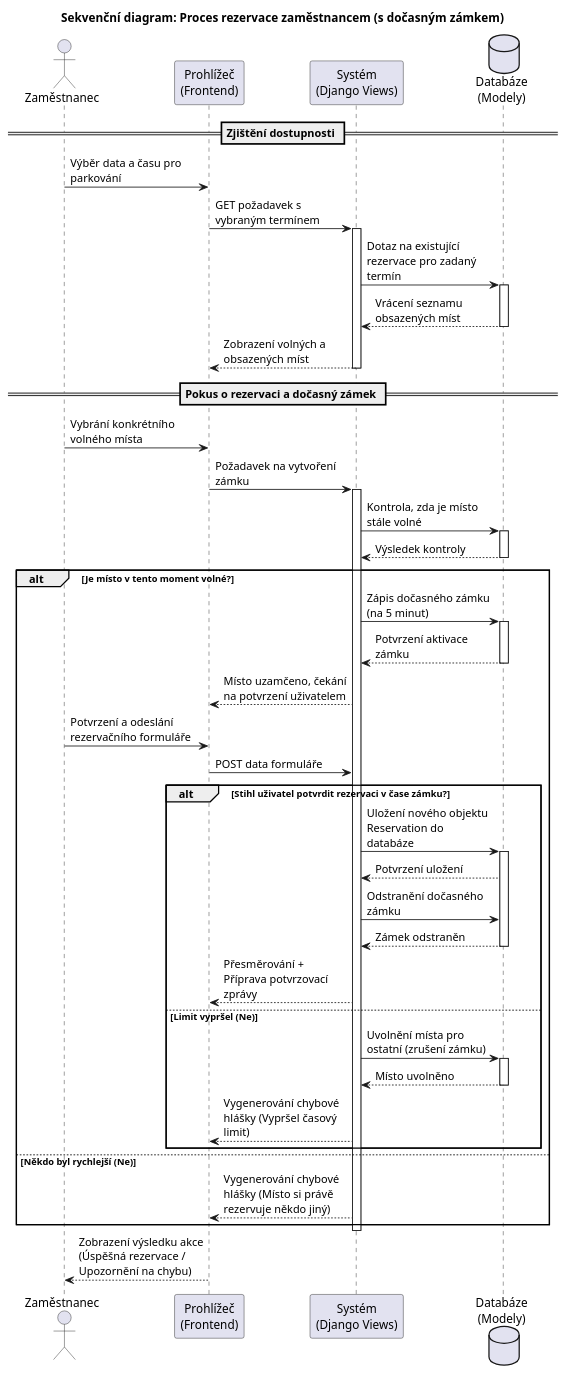
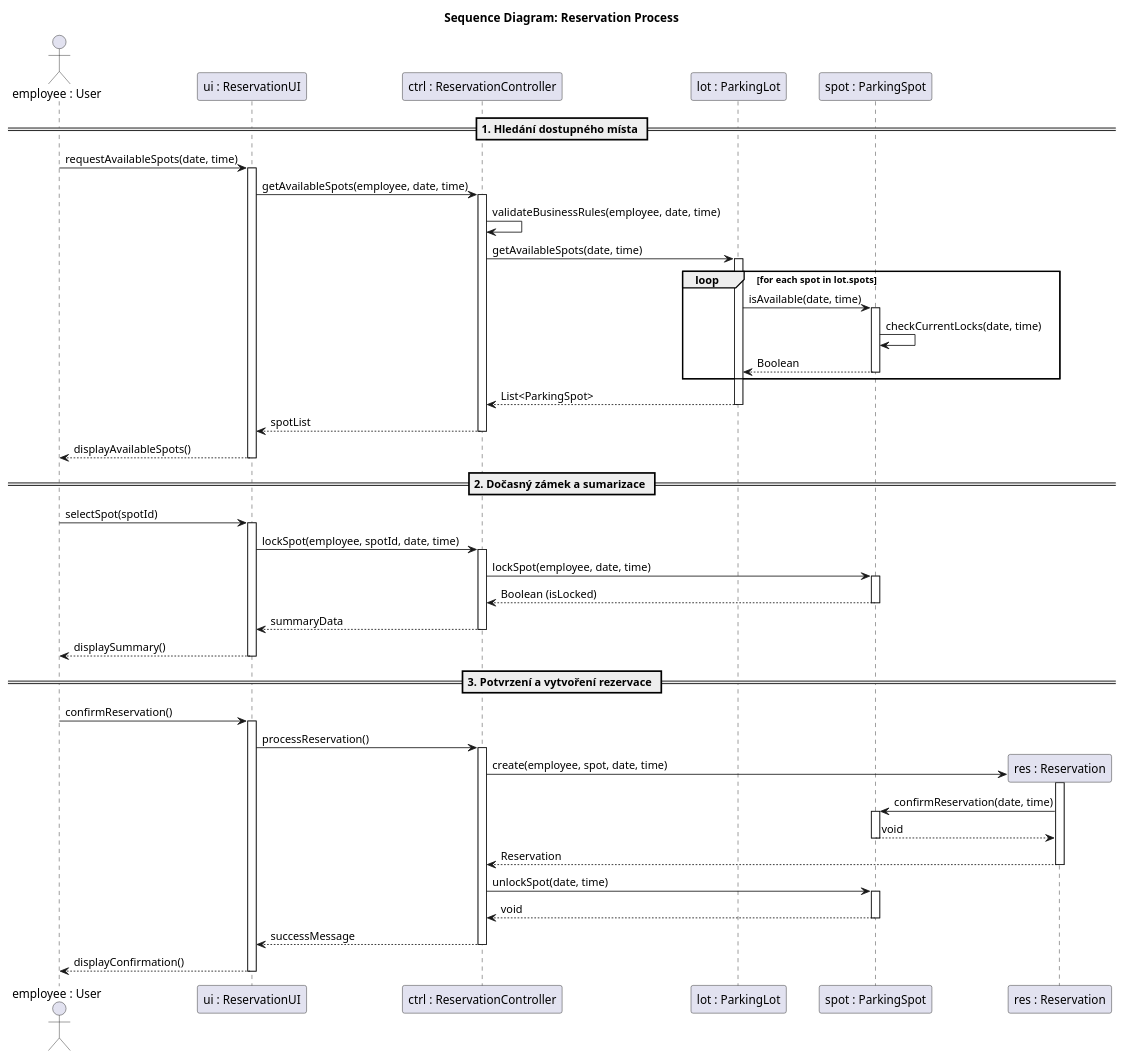
One commit to AidenCze/SWI-Project changed the diagram in docs/diagramy/sequence-reservation.puml. Above: the diagram before and after it, drawn with PlantUML. The commit also changed 7 other files, not shown here.

Commit message:
Refactor sequence diagrams and remove obsolete login diagram

```diff
--- a/docs/diagramy/sequence-reservation.puml
+++ b/docs/diagramy/sequence-reservation.puml
@@ -1,72 +1,87 @@
 @startuml
-title Sekvenční diagram: Proces rezervace zaměstnancem (s dočasným zámkem)
+title Sequence Diagram: Reservation Process
 
-skinparam maxMessageSize 150
+actor "employee : User" as emp
+participant "ui : ReservationUI" as ui
+participant "ctrl : ReservationController" as ctrl
+participant "lot : ParkingLot" as lot
+participant "spot : ParkingSpot" as spot
+participant "res : Reservation" as res
 
-skinparam BoxPadding 10
+== 1. Hledání dostupného místa ==
+emp -> ui : requestAvailableSpots(date, time)
+activate ui
 
-actor "Zaměstnanec" as emp
-participant "Prohlížeč\n(Frontend)" as ui
-participant "Systém\n(Django Views)" as view
-database "Databáze\n(Modely)" as db
+ui -> ctrl : getAvailableSpots(employee, date, time)
+activate ctrl
 
-== Zjištění dostupnosti ==
-emp -> ui : Výběr data a času pro parkování
-ui -> view : GET požadavek s vybraným termínem
-activate view
+ctrl -> ctrl : validateBusinessRules(employee, date, time)
 
-view -> db : Dotaz na existující rezervace pro zadaný termín
-activate db
-db --> view : Vrácení seznamu obsazených míst
-deactivate db
 
-view --> ui : Zobrazení volných a obsazených míst
-deactivate view
+ctrl -> lot : getAvailableSpots(date, time)
+activate lot
 
-== Pokus o rezervaci a dočasný zámek ==
-emp -> ui : Vybrání konkrétního volného místa
-ui -> view : Požadavek na vytvoření zámku
-activate view
+loop for each spot in lot.spots
+    lot -> spot : isAvailable(date, time)
+    activate spot
+    spot -> spot : checkCurrentLocks(date, time)
+    spot --> lot : Boolean
+    deactivate spot
+end
 
-view -> db : Kontrola, zda je místo stále volné
-activate db
-db --> view : Výsledek kontroly
-deactivate db
+lot --> ctrl : List<ParkingSpot>
+deactivate lot
 
-alt Je místo v tento moment volné?
-    view -> db : Zápis dočasného zámku (na 5 minut)
-    activate db
-    db --> view : Potvrzení aktivace zámku
-    deactivate db
-    view --> ui : Místo uzamčeno, čekání na potvrzení uživatelem
-    
-    emp -> ui : Potvrzení a odeslání rezervačního formuláře
-    ui -> view : POST data formuláře
-    
-    alt Stihl uživatel potvrdit rezervaci v čase zámku?
-        view -> db : Uložení nového objektu Reservation do databáze
-        activate db
-        db --> view : Potvrzení uložení
-        
-        view -> db : Odstranění dočasného zámku
-        db --> view : Zámek odstraněn
-        deactivate db
-        
-        view --> ui : Přesměrování + Příprava potvrzovací zprávy
-    else Limit vypršel (Ne)
-        view -> db : Uvolnění místa pro ostatní (zrušení zámku)
-        activate db
-        db --> view : Místo uvolněno
-        deactivate db
-        
-        view --> ui : Vygenerování chybové hlášky (Vypršel časový limit)
-    end
+ctrl --> ui : spotList
+deactivate ctrl
 
-else Někdo byl rychlejší (Ne)
-    view --> ui : Vygenerování chybové hlášky (Místo si právě rezervuje někdo jiný)
-end
-deactivate view
+ui --> emp : displayAvailableSpots()
+deactivate ui
 
-ui --> emp : Zobrazení výsledku akce (Úspěšná rezervace / Upozornění na chybu)
+== 2. Dočasný zámek a sumarizace ==
+emp -> ui : selectSpot(spotId)
+activate ui
 
+ui -> ctrl : lockSpot(employee, spotId, date, time)
+activate ctrl
+
+ctrl -> spot : lockSpot(employee, date, time)
+activate spot
+spot --> ctrl : Boolean (isLocked)
+deactivate spot
+
+ctrl --> ui : summaryData
+deactivate ctrl
+
+ui --> emp : displaySummary()
+deactivate ui
+
+== 3. Potvrzení a vytvoření rezervace ==
+emp -> ui : confirmReservation()
+activate ui
+
+ui -> ctrl : processReservation()
+activate ctrl
+
+ctrl -> res ** : create(employee, spot, date, time)
+activate res
+
+res -> spot : confirmReservation(date, time)
+activate spot
+spot --> res : void
+deactivate spot
+
+res --> ctrl : Reservation
+deactivate res
+
+ctrl -> spot : unlockSpot(date, time)
+activate spot
+spot --> ctrl : void
+deactivate spot
+
+ctrl --> ui : successMessage
+deactivate ctrl
+
+ui --> emp : displayConfirmation()
+deactivate ui
 @enduml
```
